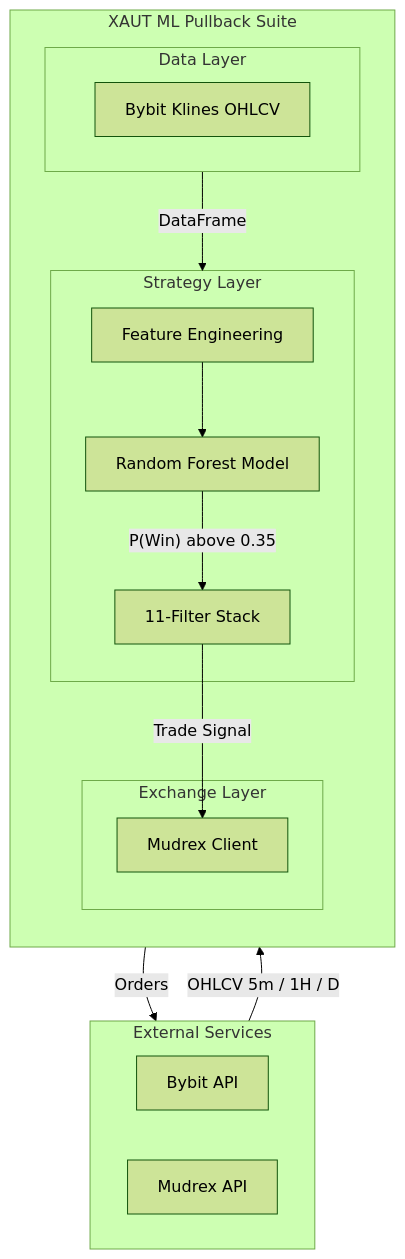
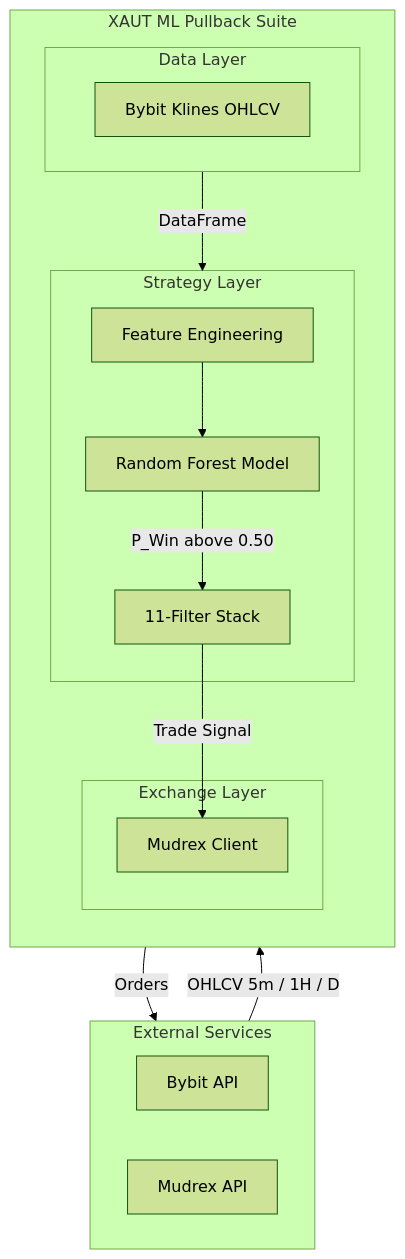
Before and after one commit to DecentralizedJM/XAUT-EMA-Pullback-Strategy: the first of 4 diagrams in README.md, drawn with Mermaid (forest theme). The commit also changed other lines of this file, not shown here.

Commit message:
docs: fix mermaid diagram rendering syntax and formatting

````diff
--- a/README.md
+++ b/README.md
@@ -36,32 +36,32 @@
 ```mermaid
 flowchart TB
-    subgraph External ["External Services"]
+    subgraph External [External Services]
         direction LR
-        Bybit["Bybit API"]
-        Mudrex["Mudrex API"]
+        Bybit[Bybit API]
+        Mudrex[Mudrex API]
     end
 
-    subgraph Bot ["XAUT ML Pullback Suite"]
+    subgraph Bot [XAUT ML Pullback Suite]
         direction TB
-        subgraph DataLayer ["Data Layer"]
-            BybitKlines["Bybit Klines OHLCV"]
+        subgraph DataLayer [Data Layer]
+            BybitKlines[Bybit Klines OHLCV]
         end
 
-        subgraph StrategyLayer ["Strategy Layer"]
-            ML_Data["Feature Engineering"]
-            ML_Model["Random Forest Model"]
-            InstitutionalFilters["11-Filter Stack"]
+        subgraph StrategyLayer [Strategy Layer]
+            ML_Data[Feature Engineering]
+            ML_Model[Random Forest Model]
+            InstitutionalFilters[11-Filter Stack]
         end
 
-        subgraph ExchangeLayer ["Exchange Layer"]
-            MudrexClient["Mudrex Client"]
+        subgraph ExchangeLayer [Exchange Layer]
+            MudrexClient[Mudrex Client]
         end
     end
 
-    Bybit --> |"OHLCV 5m / 1H / D"| DataLayer
-    DataLayer --> |"DataFrame"| StrategyLayer
+    Bybit --> |OHLCV 5m / 1H / D| DataLayer
+    DataLayer --> |DataFrame| StrategyLayer
     ML_Data --> ML_Model
-    ML_Model --> |"P(Win) above 0.35"| InstitutionalFilters
-    InstitutionalFilters --> |"Trade Signal"| MudrexClient
-    MudrexClient --> |"Orders"| Mudrex
+    ML_Model --> |P_Win above 0.50| InstitutionalFilters
+    InstitutionalFilters --> |Trade Signal| MudrexClient
+    MudrexClient --> |Orders| Mudrex
 ```
````
